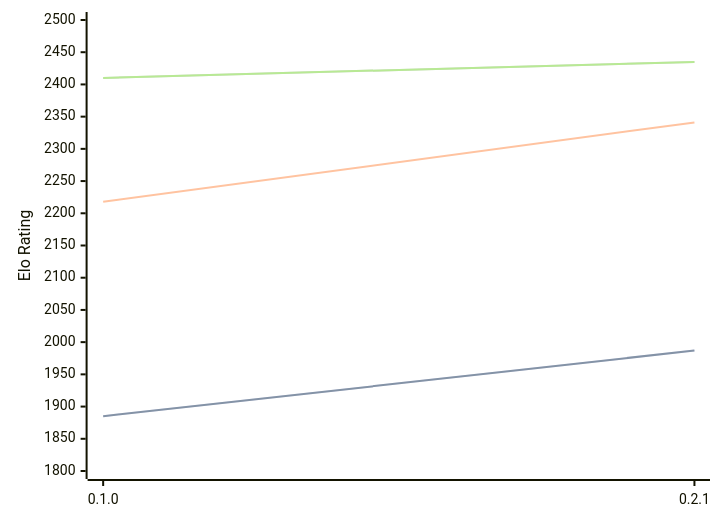
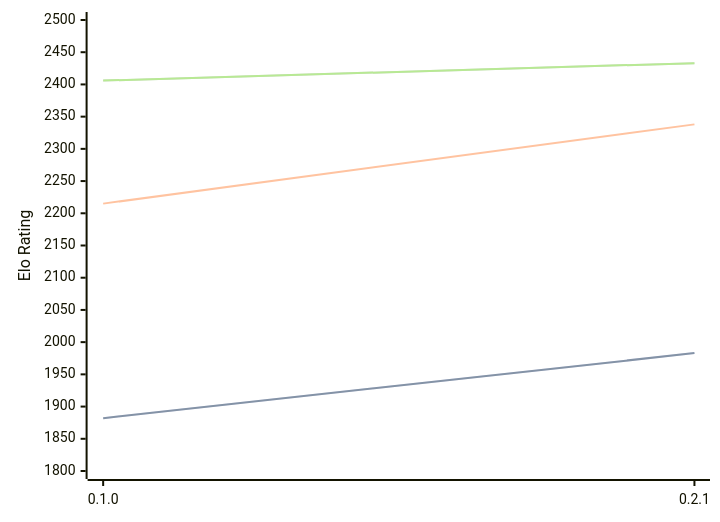
Before and after one commit to computer-chess-index/cci: the diagram in engines/Sykora.md, drawn with Mermaid. The commit also changed other lines of this file, not shown here.

Commit message:
Update CCI Ratings (ELO VLTC) - 2026-06-08

````diff
--- a/engines/Sykora.md
+++ b/engines/Sykora.md
@@ -33,11 +33,11 @@
 ```mermaid
 %%{init: {"theme":"base","themeVariables":{"seriesColors:['#a3a3a3','#222221','#faa371']}}}%%
 xychart-beta
   x-axis ["0.1.0", "0.2.1"]
   y-axis "Elo Rating" 1800 --> 2500
-  line "STC (8.0+0.08s)" [1885, 1987]
-  line "STC (8.0+0.08s)" [1885, 1987]
-  line "LTC (60.0+0.60s)" [2218, 2341]
-  line "VLTC (2m24s+1.12s)" [2410, 2435]
-  line "VLTC (2m24s+1.12s)" [2410, 2435]
+  line "STC (8.0+0.08s)" [1882, 1983]
+  line "STC (8.0+0.08s)" [1882, 1983]
+  line "LTC (60.0+0.60s)" [2215, 2338]
+  line "VLTC (2m24s+1.12s)" [2406, 2433]
+  line "VLTC (2m24s+1.12s)" [2406, 2433]
 ```
````
